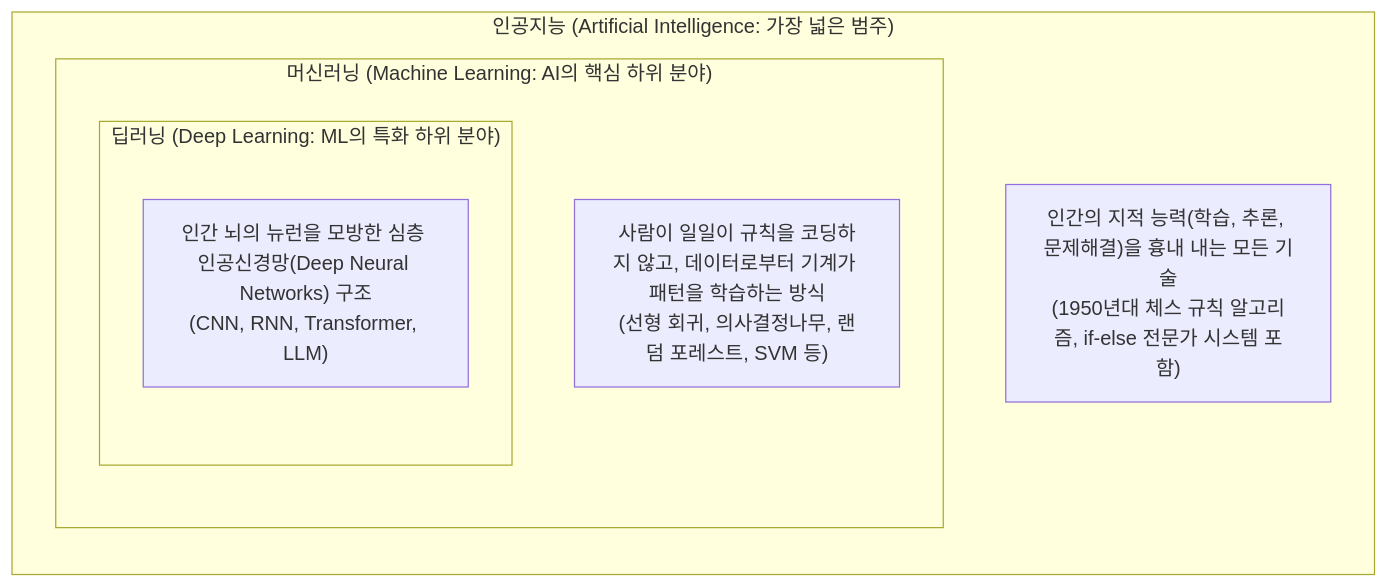
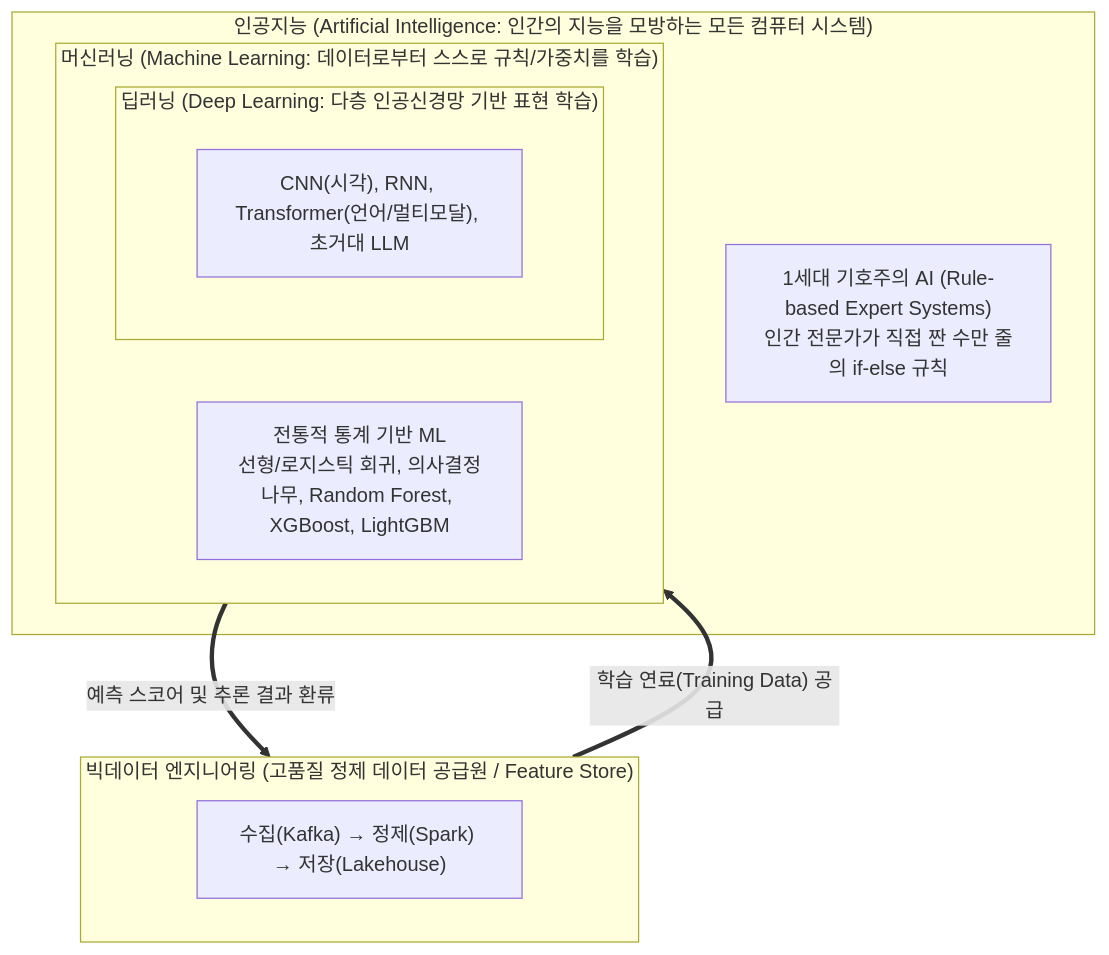
One commit to keimania/tech-notes changed diagram 17 of 26 in 10_클라우드_빅데이터_인공지능.md. Above: the diagram before and after it, drawn with Mermaid. The commit also changed other lines of this file and 12 other files, not shown here.

````diff
--- a/10_클라우드_빅데이터_인공지능.md
+++ b/10_클라우드_빅데이터_인공지능.md
@@ -923,17 +1343,21 @@
 ```mermaid
 flowchart TD
-    subgraph AI["인공지능 (Artificial Intelligence: 가장 넓은 범주)"]
-        direction TB
-        A_Desc["인간의 지적 능력(학습, 추론, 문제해결)을 흉내 내는 모든 기술<br/>(1950년대 체스 규칙 알고리즘, if-else 전문가 시스템 포함)"]
+    subgraph BigData["빅데이터 엔지니어링 (고품질 정제 데이터 공급원 / Feature Store)"]
+        DataPipe["수집(Kafka) → 정제(Spark) → 저장(Lakehouse)"]
+    end
+
+    subgraph AI["인공지능 (Artificial Intelligence: 인간의 지능을 모방하는 모든 컴퓨터 시스템)"]
+        Rule["1세대 기호주의 AI (Rule-based Expert Systems)\n인간 전문가가 직접 짠 수만 줄의 if-else 규칙"]
         
-        subgraph ML["머신러닝 (Machine Learning: AI의 핵심 하위 분야)"]
-            direction TB
-            M_Desc["사람이 일일이 규칙을 코딩하지 않고, 데이터로부터 기계가 패턴을 학습하는 방식<br/>(선형 회귀, 의사결정나무, 랜덤 포레스트, SVM 등)"]
+        subgraph ML["머신러닝 (Machine Learning: 데이터로부터 스스로 규칙/가중치를 학습)"]
+            Classical["전통적 통계 기반 ML\n선형/로지스틱 회귀, 의사결정나무, Random Forest, XGBoost, LightGBM"]
             
-            subgraph DL["딥러닝 (Deep Learning: ML의 특화 하위 분야)"]
-                direction TB
-                D_Desc["인간 뇌의 뉴런을 모방한 심층 인공신경망(Deep Neural Networks) 구조<br/>(CNN, RNN, Transformer, LLM)"]
+            subgraph DL["딥러닝 (Deep Learning: 다층 인공신경망 기반 표현 학습)"]
+                DeepArch["CNN(시각), RNN, Transformer(언어/멀티모달), 초거대 LLM"]
             end
         end
     end
+
+    BigData ==>|"학습 연료(Training Data) 공급"| ML
+    ML ==>|"예측 스코어 및 추론 결과 환류"| BigData
 ```
````
